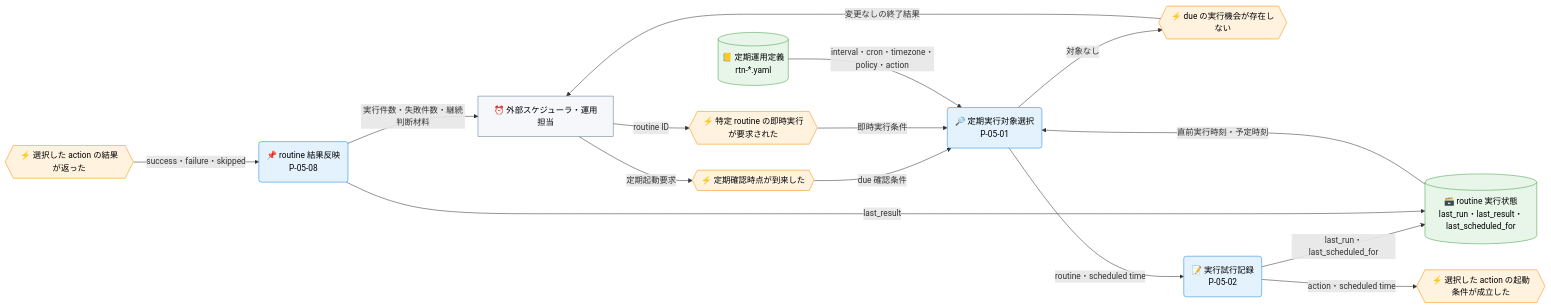
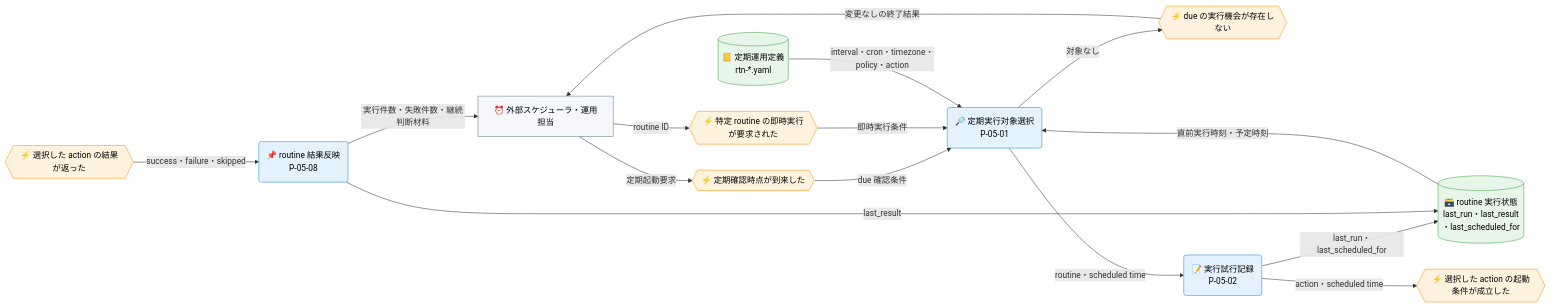
One commit to specdojo/specdojo changed the first of 3 diagrams in docs/ja/product/010-business-specs/010-data-flow/cdfd-routine.md. Above: the diagram before and after it, drawn with Mermaid.

Commit message:
docs(cdfd-routine): wrap long node labels for LR fit
routine実行状態データストアの識別子リストが1行の長文になっていた
ため、`<br>`で改行し1行あたり全角20字程度に収める。

````diff
--- a/docs/ja/product/010-business-specs/010-data-flow/cdfd-routine.md
+++ b/docs/ja/product/010-business-specs/010-data-flow/cdfd-routine.md
@@ -74,42 +74,42 @@
 ```mermaid
 flowchart LR
   classDef process fill:#e3f2fd,stroke:#1e88e5,color:#000
   classDef event fill:#fff3e0,stroke:#fb8c00,color:#000
   classDef store fill:#e8f5e9,stroke:#43a047,color:#000
   classDef actor fill:#f5f7fa,stroke:#607d8b,color:#000
 
   外部起動者["⏰ 外部スケジューラ・運用担当"]
 
   定期確認時点{{"⚡ 定期確認時点が到来した"}}
   即時実行要求{{"⚡ 特定 routine の即時実行が要求された"}}
   対象なし{{"⚡ due の実行機会が存在しない"}}
   action起動{{"⚡ 選択した action の起動条件が成立した"}}
   action結果返却{{"⚡ 選択した action の結果が返った"}}
 
   定期実行対象選択("🔎 定期実行対象選択<br>P-05-01")
   実行試行記録("📝 実行試行記録<br>P-05-02")
   routine結果反映("📌 routine 結果反映<br>P-05-08")
 
   定期運用定義[("📒 定期運用定義<br>rtn-*.yaml")]
-  routine実行状態[("🗃️ routine 実行状態<br>last_run・last_result・last_scheduled_for")]
+  routine実行状態[("🗃️ routine 実行状態<br>last_run・last_result<br>・last_scheduled_for")]
 
   外部起動者 -->|"定期起動要求"| 定期確認時点
   外部起動者 -->|"routine ID"| 即時実行要求
   定期確認時点 -->|"due 確認条件"| 定期実行対象選択
   即時実行要求 -->|"即時実行条件"| 定期実行対象選択
   定期運用定義 -->|"interval・cron・timezone・policy・action"| 定期実行対象選択
   routine実行状態 -->|"直前実行時刻・予定時刻"| 定期実行対象選択
   定期実行対象選択 -->|"対象なし"| 対象なし
   対象なし -->|"変更なしの終了結果"| 外部起動者
   定期実行対象選択 -->|"routine・scheduled time"| 実行試行記録
   実行試行記録 -->|"last_run・last_scheduled_for"| routine実行状態
   実行試行記録 -->|"action・scheduled time"| action起動
   action結果返却 -->|"success・failure・skipped"| routine結果反映
   routine結果反映 -->|"last_result"| routine実行状態
   routine結果反映 -->|"実行件数・失敗件数・継続判断材料"| 外部起動者
 
   class 定期実行対象選択,実行試行記録,routine結果反映 process
   class 定期確認時点,即時実行要求,対象なし,action起動,action結果返却 event
   class 定期運用定義,routine実行状態 store
   class 外部起動者 actor
 ```
````
